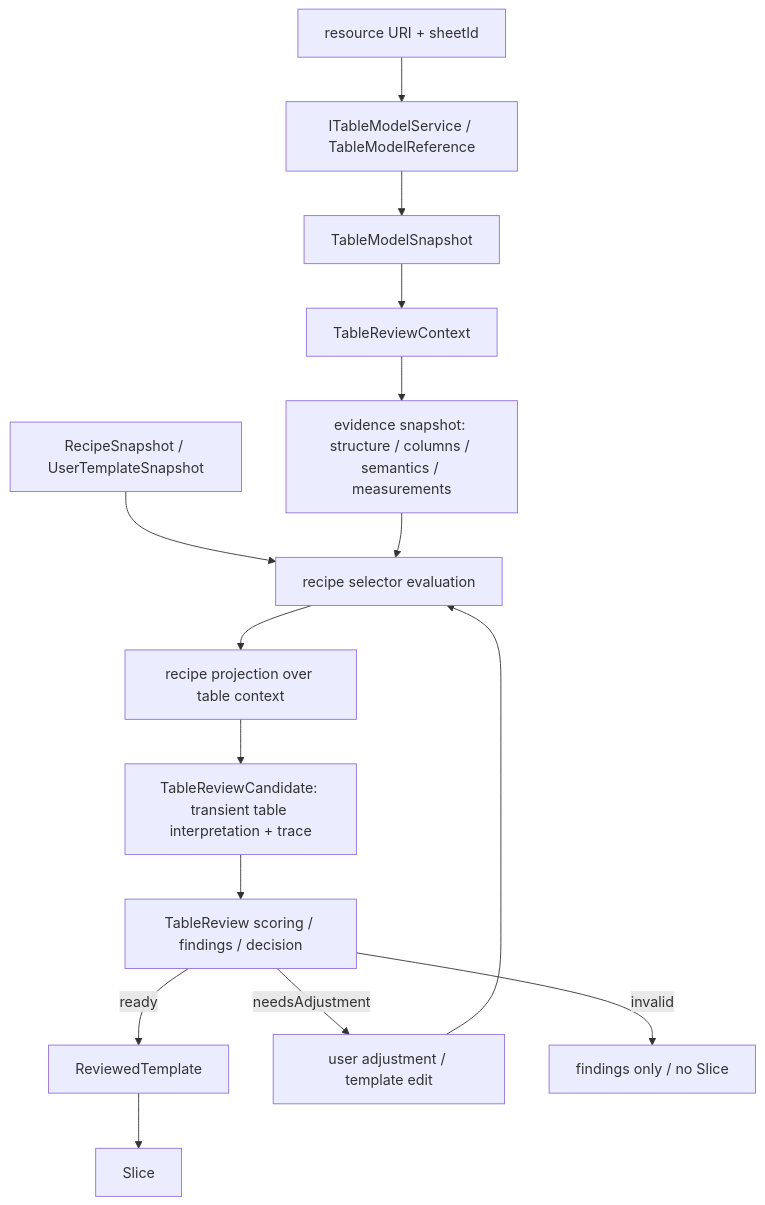
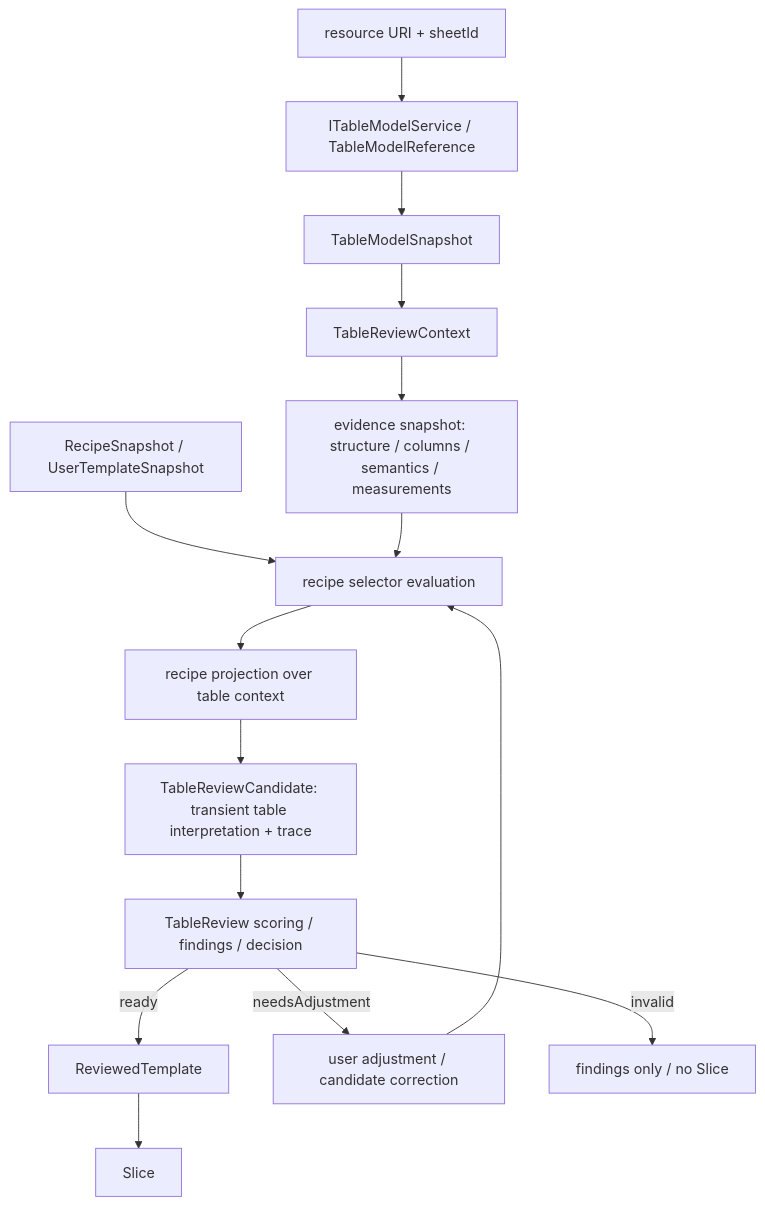
One commit to chogng/conductor changed the third of 3 diagrams in src/cs/workbench/contrib/files/browser/README.md. Above: the diagram before and after it, drawn with Mermaid. The commit also changed other lines of this file, not shown here.

````diff
--- a/src/cs/workbench/contrib/files/browser/README.md
+++ b/src/cs/workbench/contrib/files/browser/README.md
@@ -395,17 +395,17 @@
 ```mermaid
 flowchart TD
   A[resource URI + sheetId] --> B[ITableModelService / TableModelReference]
   B --> C[TableModelSnapshot]
   C --> D[TableReviewContext]
   D --> E[evidence snapshot: structure / columns / semantics / measurements]
   F[RecipeSnapshot / UserTemplateSnapshot] --> G[recipe selector evaluation]
   E --> G
   G --> H[recipe projection over table context]
   H --> I[TableReviewCandidate: transient table interpretation + trace]
   I --> J[TableReview scoring / findings / decision]
   J -->|ready| K[ReviewedTemplate]
   K --> L[Slice]
-  J -->|needsAdjustment| M[user adjustment / template edit]
+  J -->|needsAdjustment| M[user adjustment / candidate correction]
   M --> G
   J -->|invalid| N[findings only / no Slice]
 ```
````
